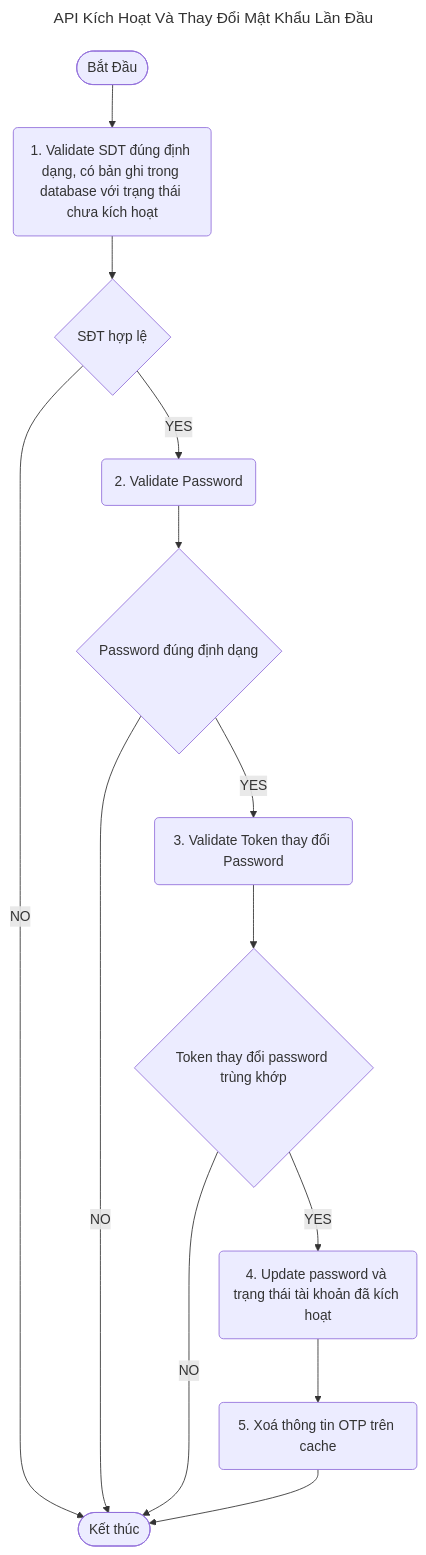
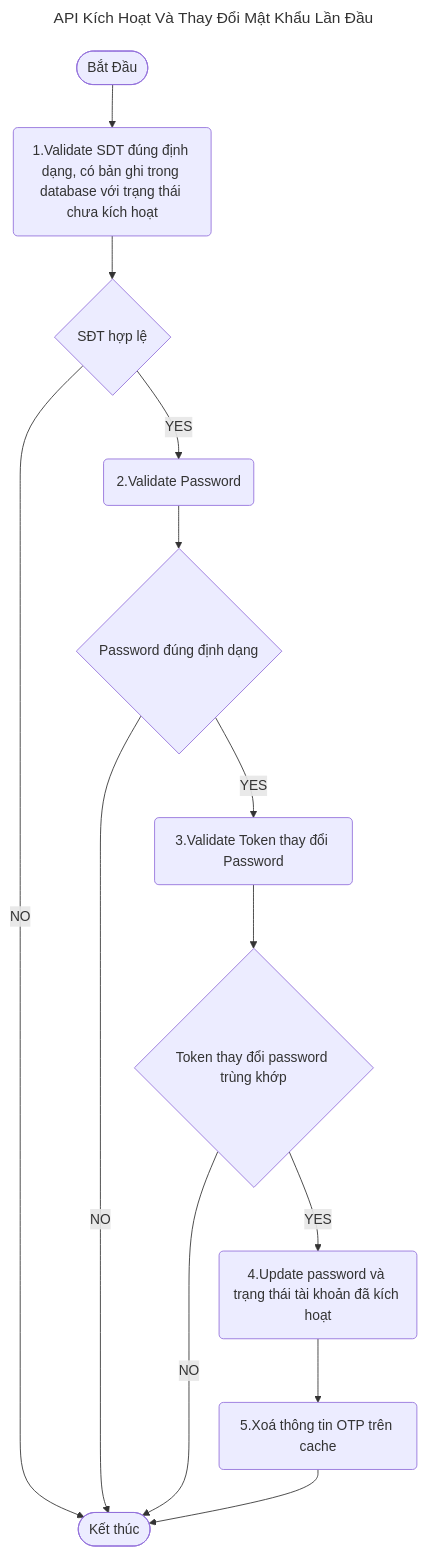
One commit to hoanglam995/spring-tutorial changed the eighth of 8 diagrams in readme.md. Above: the diagram before and after it, drawn with Mermaid. The commit also changed other lines of this file, not shown here.

````diff
--- a/readme.md
+++ b/readme.md
@@ -355,15 +355,15 @@
 ```mermaid
 ---
 title: API Kích Hoạt Và Thay Đổi Mật Khẩu Lần Đầu
 ---
 flowchart
-    START([Bắt Đầu])-->1(1. Validate SDT đúng định dạng, có bản ghi trong database với trạng thái chưa kích hoạt)-->C1{SĐT hợp lệ}
+    START([Bắt Đầu])-->1(1.Validate SDT đúng định dạng, có bản ghi trong database với trạng thái chưa kích hoạt)-->C1{SĐT hợp lệ}
     C1--NO-->END([Kết thúc])
-    C1--YES-->2(2. Validate Password)-->C2{Password đúng định dạng}
+    C1--YES-->2(2.Validate Password)-->C2{Password đúng định dạng}
     C2--NO-->END([Kết thúc])
-    C2--YES-->3(3. Validate Token thay đổi Password)-->C3{Token thay đổi password trùng khớp}
+    C2--YES-->3(3.Validate Token thay đổi Password)-->C3{Token thay đổi password trùng khớp}
     C3--NO-->END([Kết thúc])
-    C3--YES-->4(4. Update password và trạng thái tài khoản đã kích hoạt)
-    4-->5(5. Xoá thông tin OTP trên cache)-->END
+    C3--YES-->4(4.Update password và trạng thái tài khoản đã kích hoạt)
+    4-->5(5.Xoá thông tin OTP trên cache)-->END
     
 ```
````
